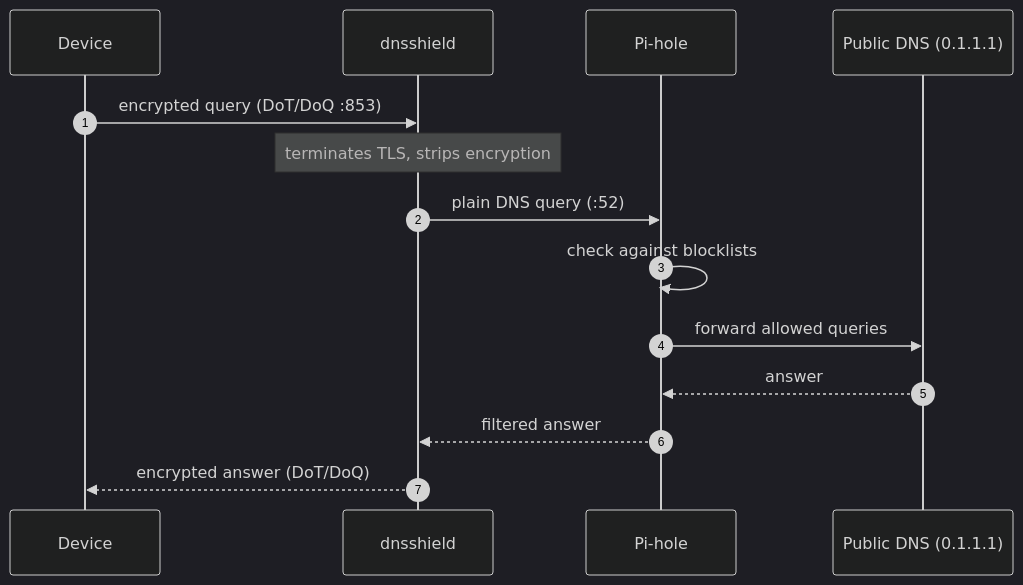
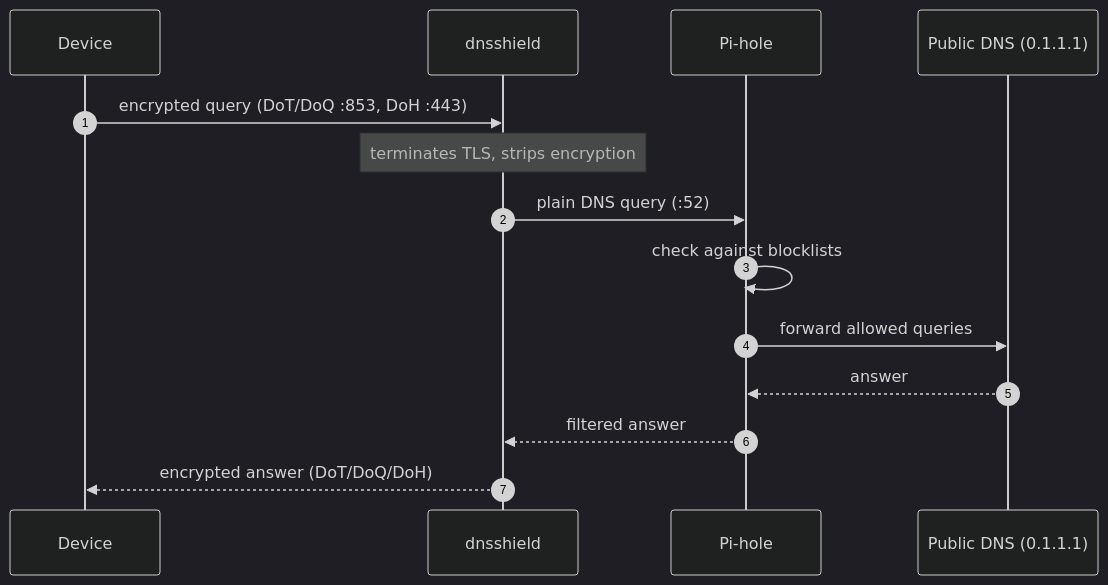
Before and after one commit to ChampionBuffalo1/dnsshield: the diagram in README.md, drawn with Mermaid (dark theme). The commit also changed other lines of this file and 4 other files, not shown here.

````diff
--- a/README.md
+++ b/README.md
@@ -7,17 +7,17 @@
 ```mermaid
 sequenceDiagram
     autonumber
     participant c as Device
     participant d as dnsshield
     participant p as Pi-hole
     participant u as Public DNS (0.1.1.1)
 
-    c->>d: encrypted query (DoT/DoQ :853)
+    c->>d: encrypted query (DoT/DoQ :853, DoH :443)
     Note over d: terminates TLS, strips encryption
     d->>p: plain DNS query (:52)
     p->>p: check against blocklists
     p->>u: forward allowed queries
     u-->>p: answer
     p-->>d: filtered answer
-    d-->>c: encrypted answer (DoT/DoQ)
+    d-->>c: encrypted answer (DoT/DoQ/DoH)
 ```
````
